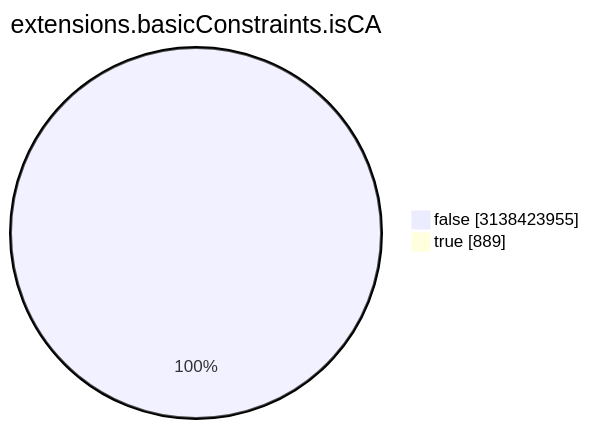
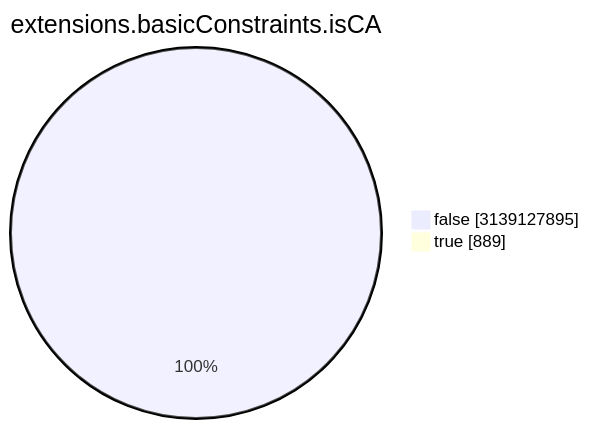
Before and after one commit to christiankrug/ctmonitor_visualization: the seventh of 15 diagrams in TOTAL/README.md, drawn with Mermaid. The commit also changed other lines of this file, not shown here.

````diff
--- a/TOTAL/README.md
+++ b/TOTAL/README.md
@@ -3088,6 +3088,6 @@
 ```mermaid
 pie showData
 title extensions.basicConstraints.isCA
-"false" :3138423955
+"false" :3139127895
 "true" :889
 ```
````
